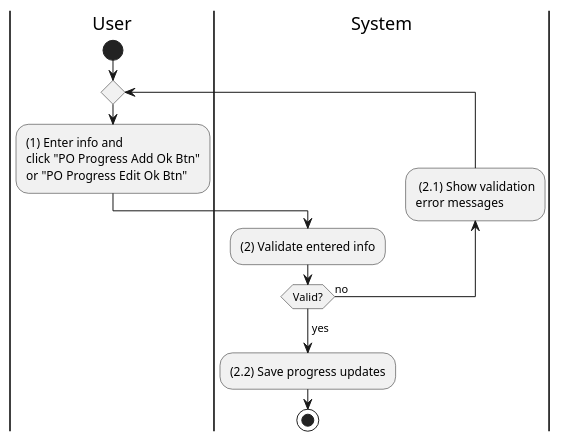
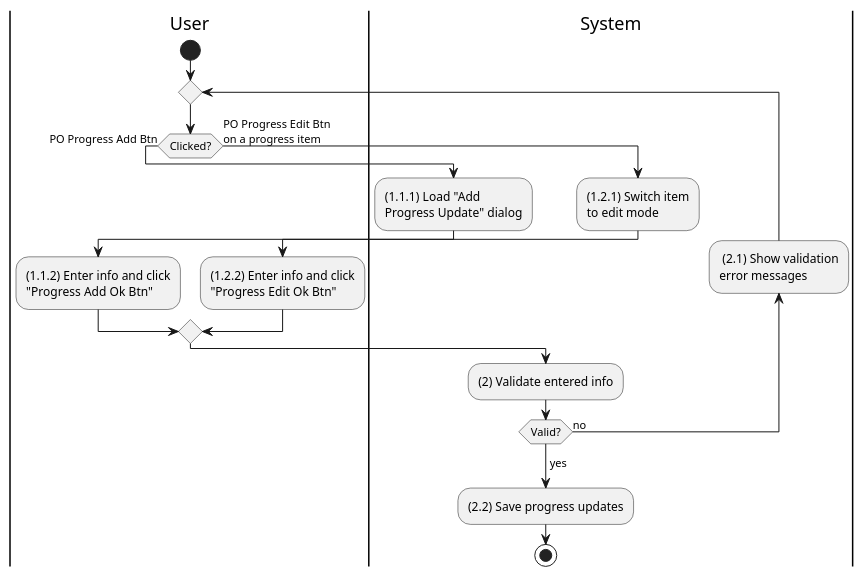
Before and after one commit to phihungha/scmss-reqs: the diagram in activities/purchase-order-update-progress.plantuml, drawn with PlantUML. The commit also changed 5 other files, not shown here.

```diff
--- a/activities/purchase-order-update-progress.plantuml
+++ b/activities/purchase-order-update-progress.plantuml
@@ -1,16 +1,26 @@
 @startuml purchase-order-update-progress
 |u|User
 |s|System
 
 |u|
 start
 repeat
-    :(1) Enter info and\nclick "PO Progress Add Ok Btn"\nor "PO Progress Edit Ok Btn";
+    if (Clicked?) then (PO Progress Add Btn)
+        |s|
+        :(1.1.1) Load "Add\nProgress Update" dialog;
+        |u|
+        :(1.1.2) Enter info and click\n"Progress Add Ok Btn";
+    else (PO Progress Edit Btn\non a progress item)
+        |s|
+        :(1.2.1) Switch item\nto edit mode;
+        |u|
+        :(1.2.2) Enter info and click\n"Progress Edit Ok Btn";
+    endif
     |s|
     :(2) Validate entered info;
     backward: (2.1) Show validation\nerror messages;
 repeat while (Valid?) is (no)
 ->yes;
 :(2.2) Save progress updates;
 stop
 @enduml
```
